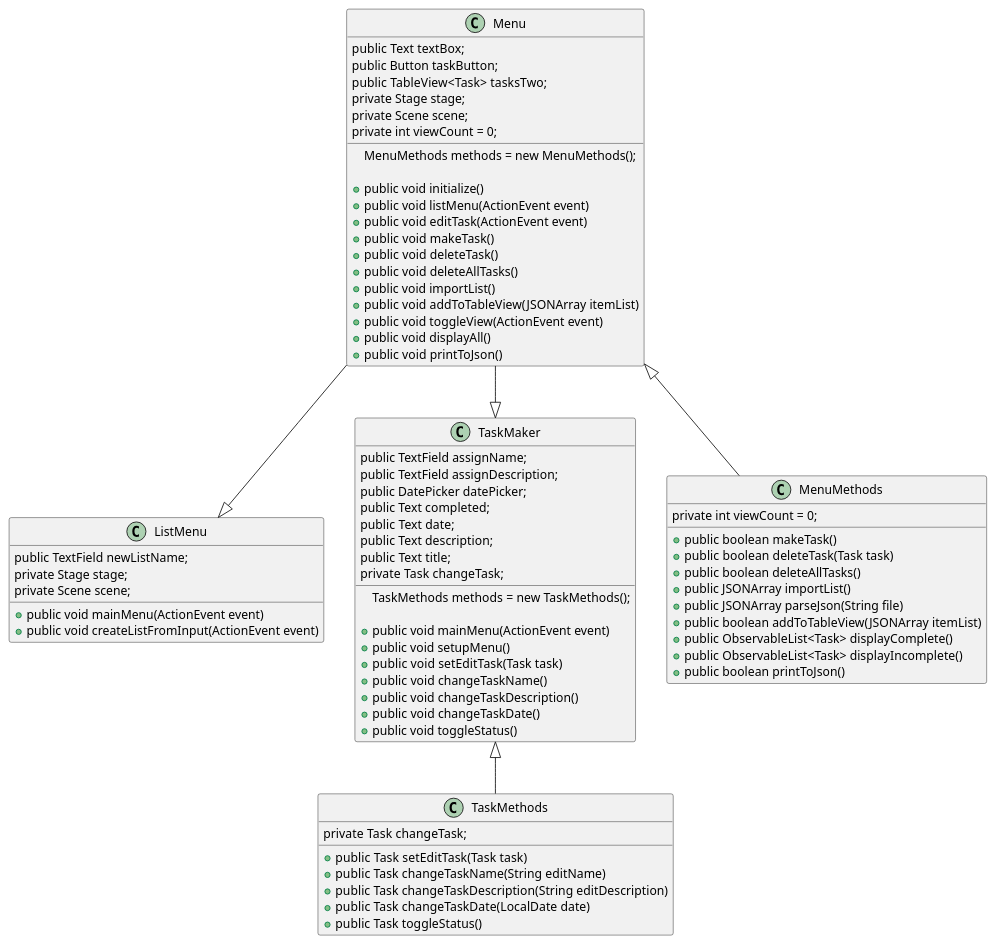
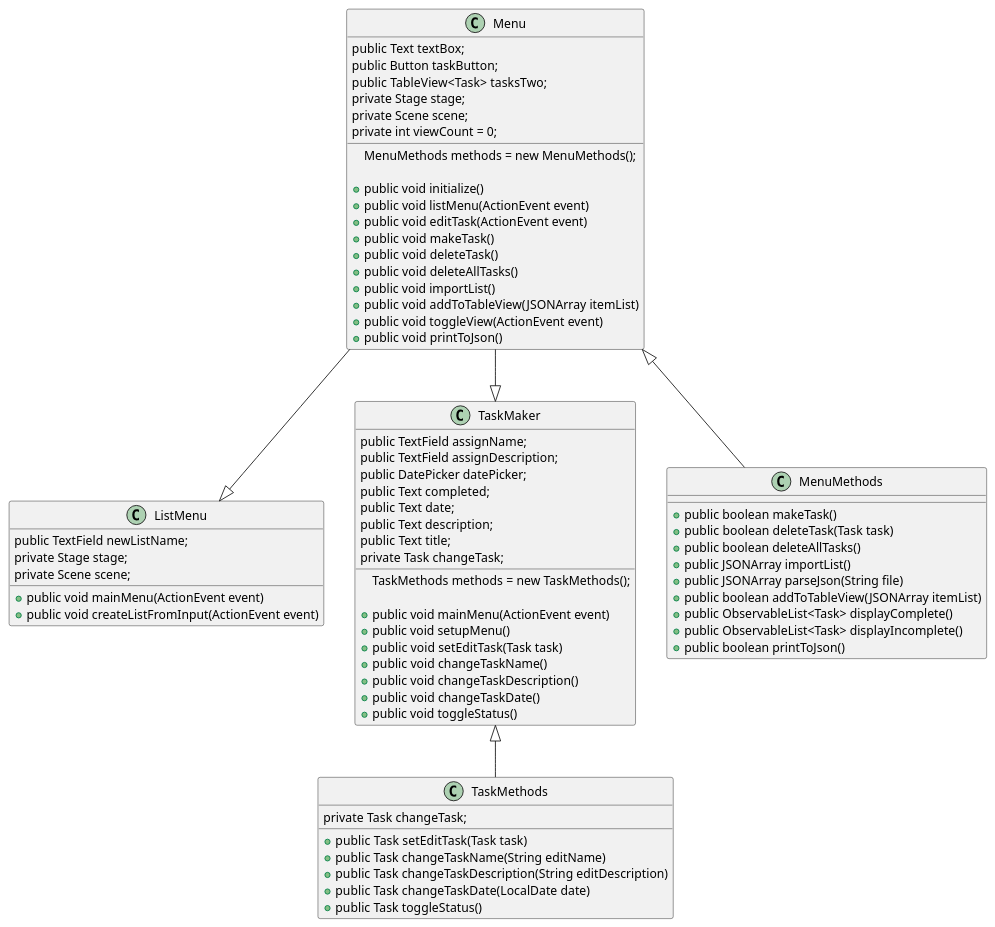
One commit to enzosromano/To-Do-List-Manager changed the diagram in uml/FXLayout.puml. Above: the diagram before and after it, drawn with PlantUML. The commit also changed 6 other files, not shown here.

```diff
--- a/uml/FXLayout.puml
+++ b/uml/FXLayout.puml
@@ -1,91 +1,88 @@
 @startuml
 
 Menu --|> ListMenu
 Menu --|> TaskMaker
 Menu <|-- MenuMethods
 TaskMaker <|-- TaskMethods
 
 class Menu{
 
     public Text textBox;
     public Button taskButton;
     public TableView<Task> tasksTwo;
     private Stage stage;
     private Scene scene;
     private int viewCount = 0;
 
     MenuMethods methods = new MenuMethods();
 
     + public void initialize()
     + public void listMenu(ActionEvent event)
     + public void editTask(ActionEvent event)
     + public void makeTask()
     + public void deleteTask()
     + public void deleteAllTasks()
     + public void importList()
     + public void addToTableView(JSONArray itemList)
     + public void toggleView(ActionEvent event)
-    + public void displayAll()
     + public void printToJson()
 }
 
 class MenuMethods{
-
-    private int viewCount = 0;
 
     + public boolean makeTask()
     + public boolean deleteTask(Task task)
     + public boolean deleteAllTasks()
     + public JSONArray importList()
     + public JSONArray parseJson(String file)
     + public boolean addToTableView(JSONArray itemList)
     + public ObservableList<Task> displayComplete()
     + public ObservableList<Task> displayIncomplete()
     + public boolean printToJson()
 }
 
 class ListMenu{
 
     public TextField newListName;
     private Stage stage;
     private Scene scene;
 
     + public void mainMenu(ActionEvent event)
     + public void createListFromInput(ActionEvent event)
 }
 
 class TaskMaker{
 
     public TextField assignName;
     public TextField assignDescription;
     public DatePicker datePicker;
     public Text completed;
     public Text date;
     public Text description;
     public Text title;
     private Task changeTask;
 
     TaskMethods methods = new TaskMethods();
 
     + public void mainMenu(ActionEvent event)
     + public void setupMenu()
     + public void setEditTask(Task task)
     + public void changeTaskName()
     + public void changeTaskDescription()
     + public void changeTaskDate()
     + public void toggleStatus()
 }
 
 class TaskMethods{
 
     private Task changeTask;
 
     + public Task setEditTask(Task task)
     + public Task changeTaskName(String editName)
     + public Task changeTaskDescription(String editDescription)
     + public Task changeTaskDate(LocalDate date)
     + public Task toggleStatus()
 }
 
 
 @enduml
```
